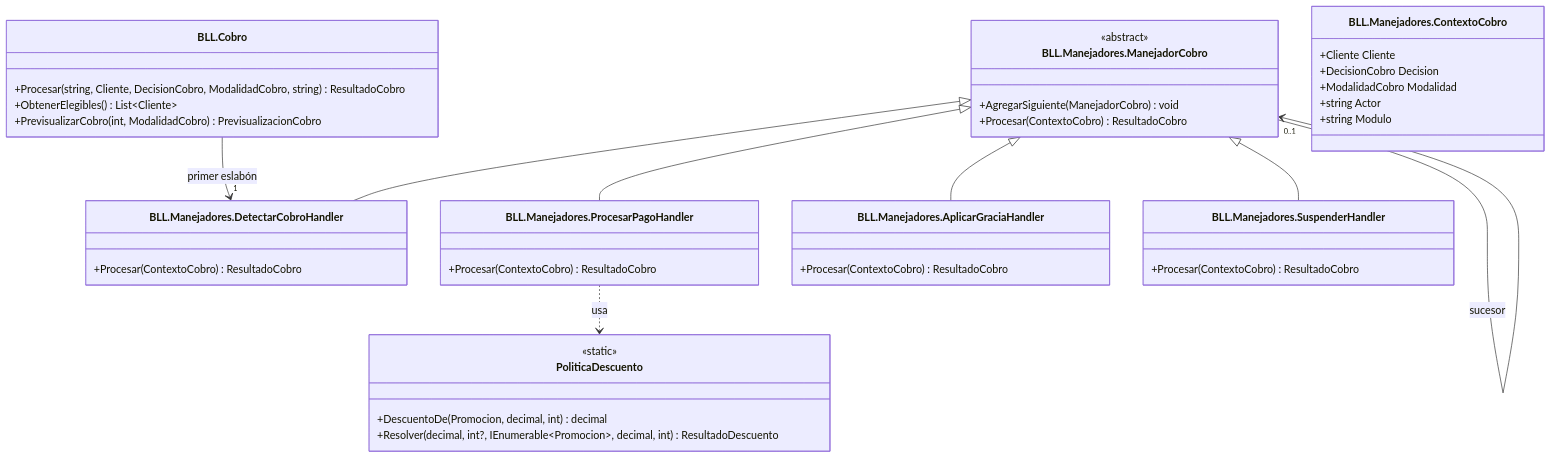
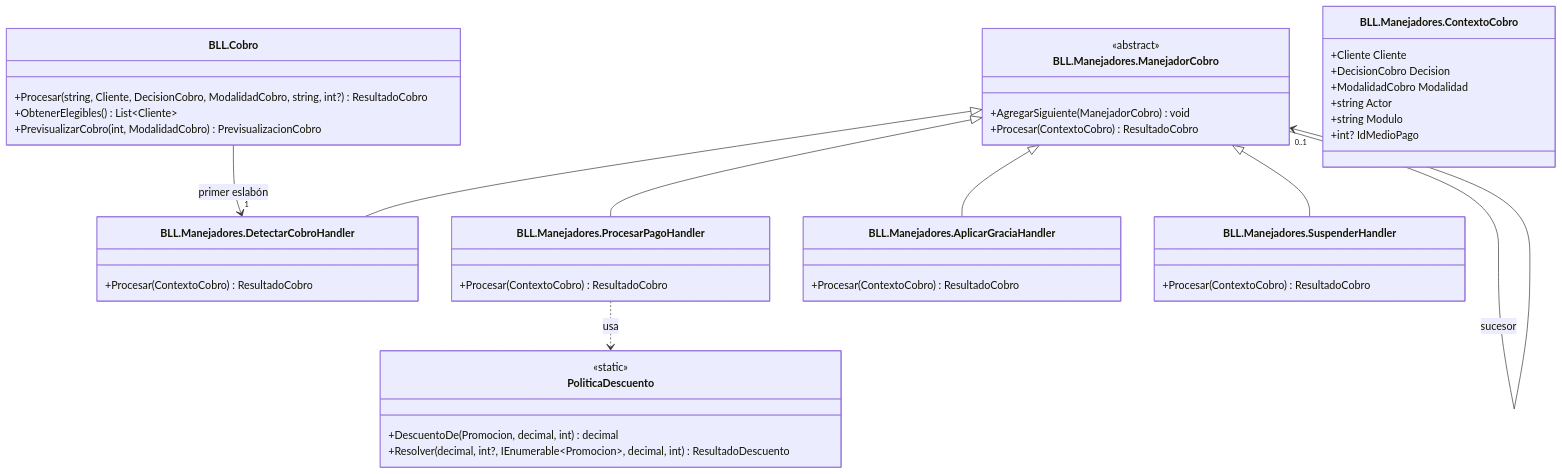
One commit to valentinamorana/Trabajo-de-Diploma changed the diagram in docs/diagramas/mermaid/CLASES_patron_chain_cobro.mmd. Above: the diagram before and after it, drawn with Mermaid. The commit also changed 62 other files, not shown here.

First line of the commit message:
N01 con medio de pago y comprobante; PN03 con periodo de analisis e impacto de las promociones

```diff
--- a/docs/diagramas/mermaid/CLASES_patron_chain_cobro.mmd
+++ b/docs/diagramas/mermaid/CLASES_patron_chain_cobro.mmd
@@ -1,43 +1,44 @@
 classDiagram
   direction TB
   class BLL_Cobro["BLL.Cobro"] {
-    +Procesar(string,  Cliente,  DecisionCobro,  ModalidadCobro,  string) ResultadoCobro
+    +Procesar(string,  Cliente,  DecisionCobro,  ModalidadCobro,  string,  int?) ResultadoCobro
     +ObtenerElegibles() List~Cliente~
     +PrevisualizarCobro(int,  ModalidadCobro) PrevisualizacionCobro
   }
   class BLL_Manejadores_ManejadorCobro["BLL.Manejadores.ManejadorCobro"] {
     <<abstract>>
     +AgregarSiguiente(ManejadorCobro) void
     +Procesar(ContextoCobro) ResultadoCobro
   }
   class BLL_Manejadores_DetectarCobroHandler["BLL.Manejadores.DetectarCobroHandler"] {
     +Procesar(ContextoCobro) ResultadoCobro
   }
   class BLL_Manejadores_ProcesarPagoHandler["BLL.Manejadores.ProcesarPagoHandler"] {
     +Procesar(ContextoCobro) ResultadoCobro
   }
   class BLL_Manejadores_AplicarGraciaHandler["BLL.Manejadores.AplicarGraciaHandler"] {
     +Procesar(ContextoCobro) ResultadoCobro
   }
   class BLL_Manejadores_SuspenderHandler["BLL.Manejadores.SuspenderHandler"] {
     +Procesar(ContextoCobro) ResultadoCobro
   }
   class BLL_Manejadores_ContextoCobro["BLL.Manejadores.ContextoCobro"] {
     +Cliente Cliente
     +DecisionCobro Decision
     +ModalidadCobro Modalidad
     +string Actor
     +string Modulo
+    +int? IdMedioPago
   }
   class PoliticaDescuento {
     <<static>>
     +DescuentoDe(Promocion,  decimal,  int) decimal
     +Resolver(decimal,  int?,  IEnumerable~Promocion~,  decimal,  int) ResultadoDescuento
   }
   BLL_Manejadores_ManejadorCobro <|-- BLL_Manejadores_DetectarCobroHandler
   BLL_Manejadores_ManejadorCobro <|-- BLL_Manejadores_ProcesarPagoHandler
   BLL_Manejadores_ManejadorCobro <|-- BLL_Manejadores_AplicarGraciaHandler
   BLL_Manejadores_ManejadorCobro <|-- BLL_Manejadores_SuspenderHandler
   BLL_Cobro --> "1" BLL_Manejadores_DetectarCobroHandler : primer eslabón
   BLL_Manejadores_ManejadorCobro --> "0..1" BLL_Manejadores_ManejadorCobro : sucesor
   BLL_Manejadores_ProcesarPagoHandler ..> PoliticaDescuento : usa
```
